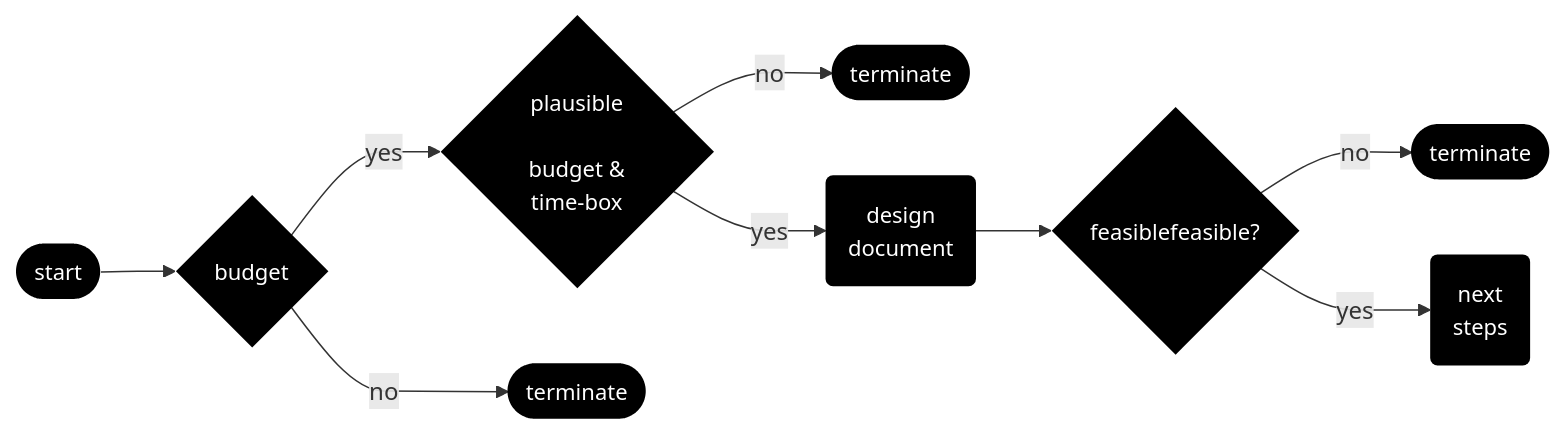
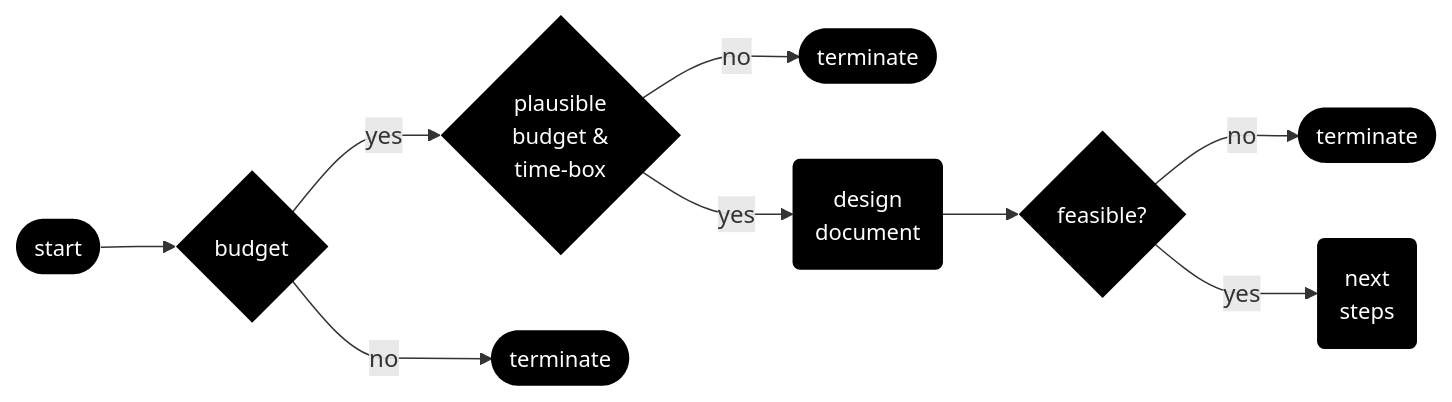
The diagram in docs/source/introduction/introduction.md (thereferences/systems), drawn with Mermaid before and after one commit. The commit also changed other lines of this file, not shown here.

````diff
--- a/docs/source/introduction/introduction.md
+++ b/docs/source/introduction/introduction.md
@@ -3,14 +3,13 @@
 ```{mermaid}
 %%{ init: { 'flowchart': { 'curve': 'monotoneX' } } }%%
 flowchart LR    
-    id0([start]) --> id1{<span title="Does the potential project have a budget?">budget</span>} -- yes --> id2{plausible<br> 
-    budget &<br> time-box}
+    id0([start]) --> id1{<span title="Does the potential project have a budget?">budget</span>} -- yes --> id2{plausible<br> budget &<br> time-box}
     id1 -- no --> id3([terminate])
     id2 -- no --> id4([terminate])
     id2 -- yes --> id5(<span title="The project scope/design details">design <br> document</span>)
-    id5 --> id6{feasible<span title="Is the potential project addressable via machine learning, technically feasible, and economically viable?">feasible?</span>}
+    id5 --> id6{<span title="Is the potential project addressable via machine learning, technically feasible, and economically viable?">feasible?</span>}
     id6 -- no --> id7([terminate])
     id6 -- yes --> id8(next <br> steps)
     
     classDef default fill:#000000,stroke:#000000,stroke-width:0px,color:#ffffff,font-size:11pt;
 ```
````
